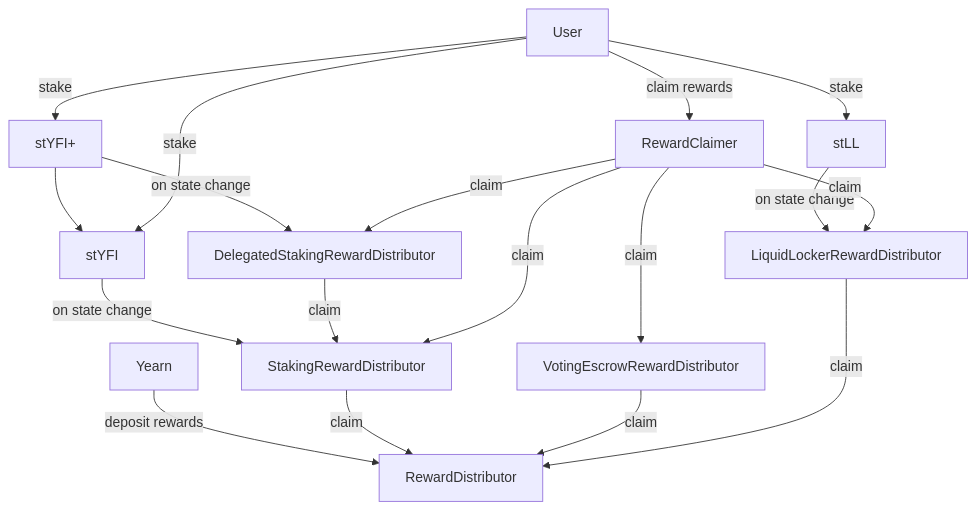
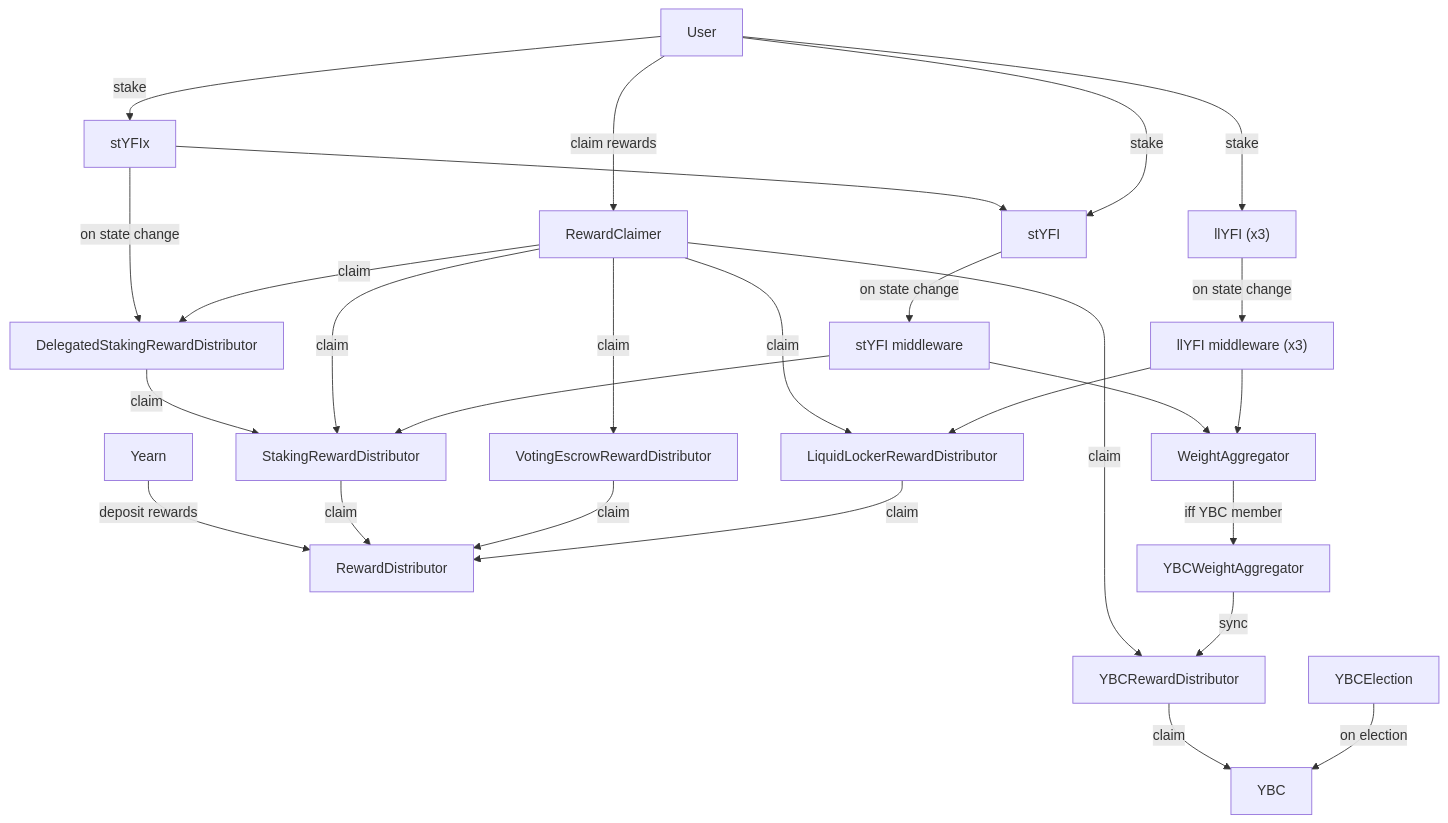
The first of 2 diagrams in README.md (yearn/stYFI), drawn with Mermaid before and after one commit. The commit also changed other lines of this file and 18 other files, not shown here.

````diff
--- a/README.md
+++ b/README.md
@@ -53,33 +113,53 @@
 ```mermaid
 flowchart TD
     U[User]
     A[RewardDistributor]
     B[StakingRewardDistributor]
     D[VotingEscrowRewardDistributor]
     C[LiquidLockerRewardDistributor]
-    
-    E[stYFI] -->|"on state change"| B
-    G[stYFI+] --> E
-    F[stLL] --> |"on state change"| C
-    
+
+    E[stYFI] --> |"on state change"| J
+    G[stYFIx] --> E
+    F["llYFI (x3)"] --> |"on state change"| K
+
     G --> |"on state change"| H[DelegatedStakingRewardDistributor]
     H --> |"claim"| B
-    
+
     Y[Yearn] --> |"deposit rewards"|A
-    
+
     B --> |"claim"| A
     D --> |"claim"| A
     C --> |"claim"| A
-    
+
     I["RewardClaimer"]
     I --> |"claim"| B
     I --> |"claim"| D
     I --> |"claim"| C
     I --> |"claim"| H
+    I --> |"claim"| N
     U --> |"claim rewards"| I
-    
+
     U --> |"stake"| E
     U --> |"stake"| G
     U --> |"stake"| F
-    
+
+    J[stYFI middleware]
+    J --> B
+    J --> L
+
+    K["llYFI middleware (x3)"]
+    K --> C
+    K --> L
+
+    L[WeightAggregator]
+    M[YBCWeightAggregator]
+    L --> |"iff YBC member"| M
+
+    N[YBCRewardDistributor]
+    M --> |sync| N
+    N --> |claim| P
+
+    P[YBC]
+    O[YBCElection]
+    O --> |"on election"| P
 ```
````
